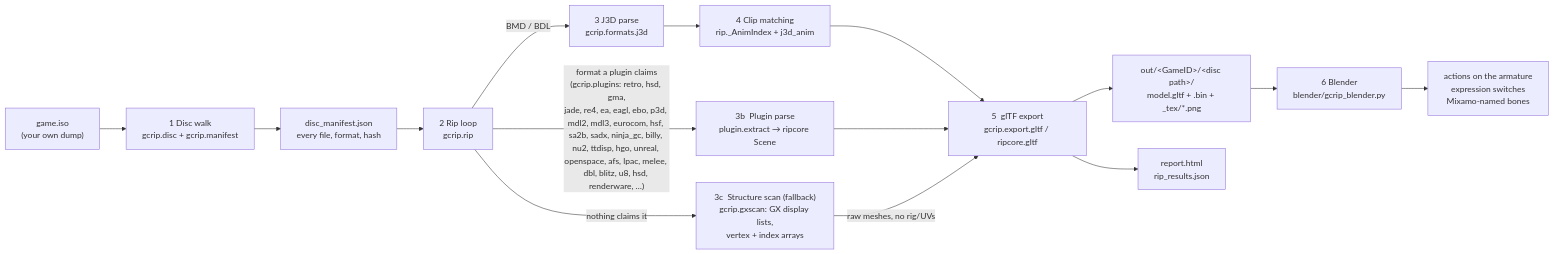
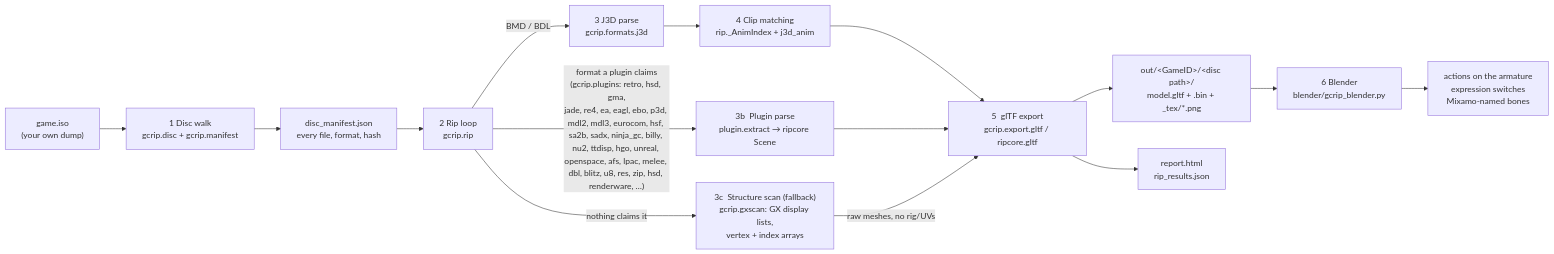
One commit to Felbs/3d-ripper-9000 changed the first of 9 diagrams in docs/PIPELINE.md. Above: the diagram before and after it, drawn with Mermaid. The commit also changed 2 other files, not shown here.

Commit message:
docs: res container in the ledger, chart legend and backlog map
Claude-Session: https://claude.ai/code/session_01Nn5dgr3XQbsu13Q42GiaU3

````diff
--- a/docs/PIPELINE.md
+++ b/docs/PIPELINE.md
@@ -11,17 +11,17 @@
 ```mermaid
 flowchart LR
     ISO["game.iso<br/>(your own dump)"] --> WALK["1  Disc walk<br/>gcrip.disc + gcrip.manifest"]
     WALK --> MAN["disc_manifest.json<br/>every file, format, hash"]
     MAN --> RIP["2  Rip loop<br/>gcrip.rip"]
     RIP -->|"BMD / BDL"| J3D["3  J3D parse<br/>gcrip.formats.j3d"]
-    RIP -->|"format a plugin claims<br/>(gcrip.plugins: retro, hsd, gma,<br/>jade, re4, ea, eagl, ebo, p3d, mdl2, mdl3, eurocom, hsf, sa2b, sadx, ninja_gc, billy, nu2, ttdisp, hgo, unreal, openspace, afs, lpac, melee, dbl, blitz, u8, hsd, renderware, …)"| PLUG["3b  Plugin parse<br/>plugin.extract → ripcore Scene"]
+    RIP -->|"format a plugin claims<br/>(gcrip.plugins: retro, hsd, gma,<br/>jade, re4, ea, eagl, ebo, p3d, mdl2, mdl3, eurocom, hsf, sa2b, sadx, ninja_gc, billy, nu2, ttdisp, hgo, unreal, openspace, afs, lpac, melee, dbl, blitz, u8, res, zip, hsd, renderware, …)"| PLUG["3b  Plugin parse<br/>plugin.extract → ripcore Scene"]
     RIP -->|"nothing claims it"| GX["3c  Structure scan (fallback)<br/>gcrip.gxscan: GX display lists,<br/>vertex + index arrays"]
     J3D --> ANIM["4  Clip matching<br/>rip._AnimIndex + j3d_anim"]
     ANIM --> GLTF["5  glTF export<br/>gcrip.export.gltf / ripcore.gltf"]
     PLUG --> GLTF
     GX -->|"raw meshes, no rig/UVs"| GLTF
     GLTF --> OUT["out/&lt;GameID&gt;/&lt;disc path&gt;/<br/>model.gltf + .bin + _tex/*.png"]
     GLTF --> REP["report.html<br/>rip_results.json"]
     OUT --> BL["6  Blender<br/>blender/gcrip_blender.py"]
     BL --> PLAY["actions on the armature<br/>expression switches<br/>Mixamo-named bones"]
 ```
````
